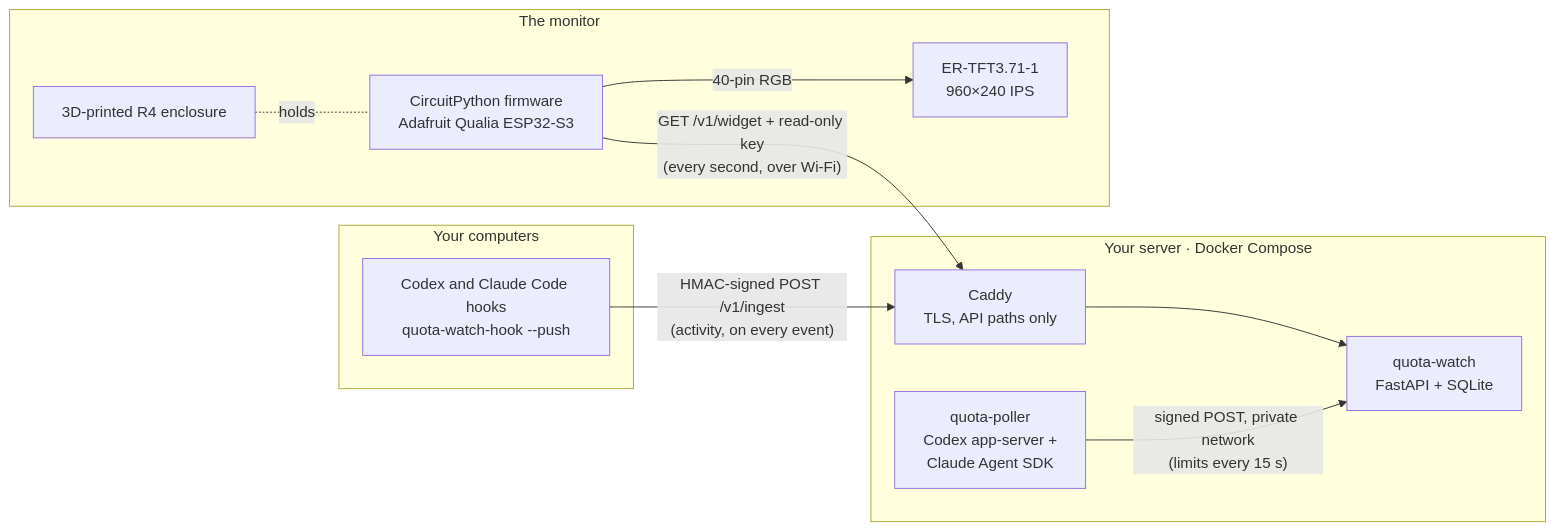
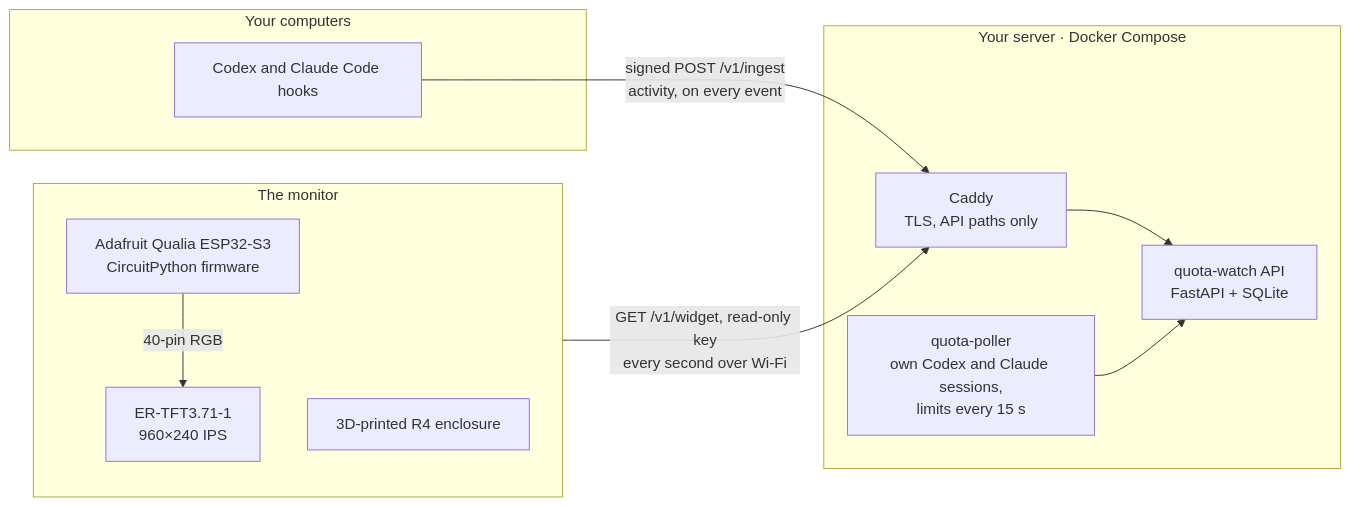
The diagram in README.md (MalyshkoA/agents-usage-and-limits-monitor), drawn with Mermaid before and after one commit.

Commit message:
Untangle the architecture diagram in the README

````diff
--- a/README.md
+++ b/README.md
@@ -51,22 +51,17 @@
 ```mermaid
 flowchart LR
     subgraph computers["Your computers"]
-        hooks["Codex and Claude Code hooks<br/>quota-watch-hook --push"]
+        hooks["Codex and Claude Code hooks"]
+    end
+    subgraph device["The monitor"]
+        direction TB
+        fw["Adafruit Qualia ESP32-S3<br/>CircuitPython firmware"] -- "40-pin RGB" --> lcd["ER-TFT3.71-1<br/>960×240 IPS"]
+        case["3D-printed R4 enclosure"]
     end
     subgraph server["Your server · Docker Compose"]
-        caddy["Caddy<br/>TLS, API paths only"]
-        api["quota-watch<br/>FastAPI + SQLite"]
-        poller["quota-poller<br/>Codex app-server +<br/>Claude Agent SDK"]
+        caddy["Caddy<br/>TLS, API paths only"] --> api["quota-watch API<br/>FastAPI + SQLite"]
+        poller["quota-poller<br/>own Codex and Claude sessions,<br/>limits every 15 s"] --> api
     end
-    subgraph device["The monitor"]
-        fw["CircuitPython firmware<br/>Adafruit Qualia ESP32-S3"]
-        lcd["ER-TFT3.71-1<br/>960×240 IPS"]
-        case["3D-printed R4 enclosure"]
-    end
-    hooks -- "HMAC-signed POST /v1/ingest<br/>(activity, on every event)" --> caddy
-    caddy --> api
-    poller -- "signed POST, private network<br/>(limits every 15 s)" --> api
-    fw -- "GET /v1/widget + read-only key<br/>(every second, over Wi-Fi)" --> caddy
-    fw -- "40-pin RGB" --> lcd
-    case -. holds .- fw
+    hooks -- "signed POST /v1/ingest<br/>activity, on every event" --> caddy
+    device -- "GET /v1/widget, read-only key<br/>every second over Wi-Fi" --> caddy
 ```
````
